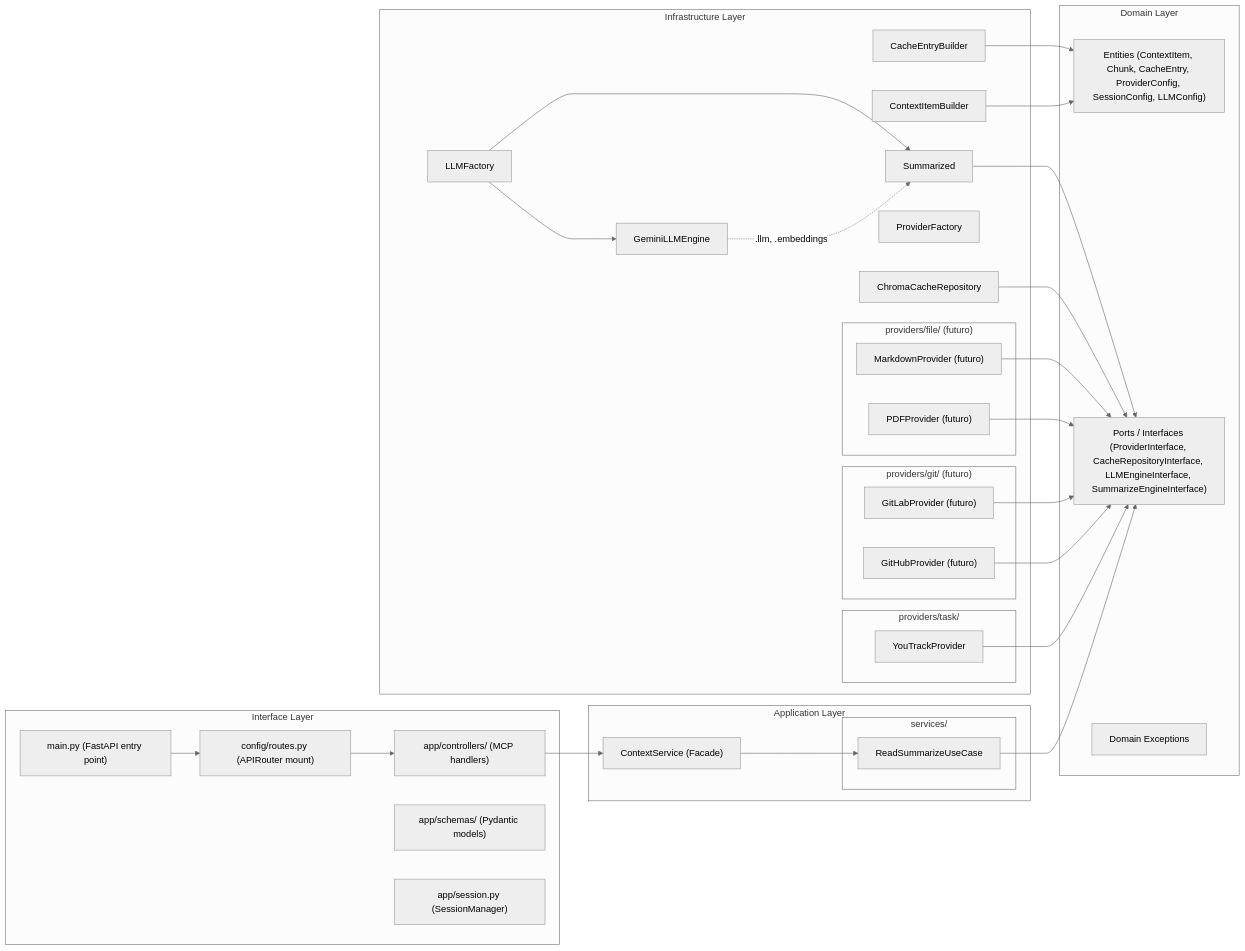
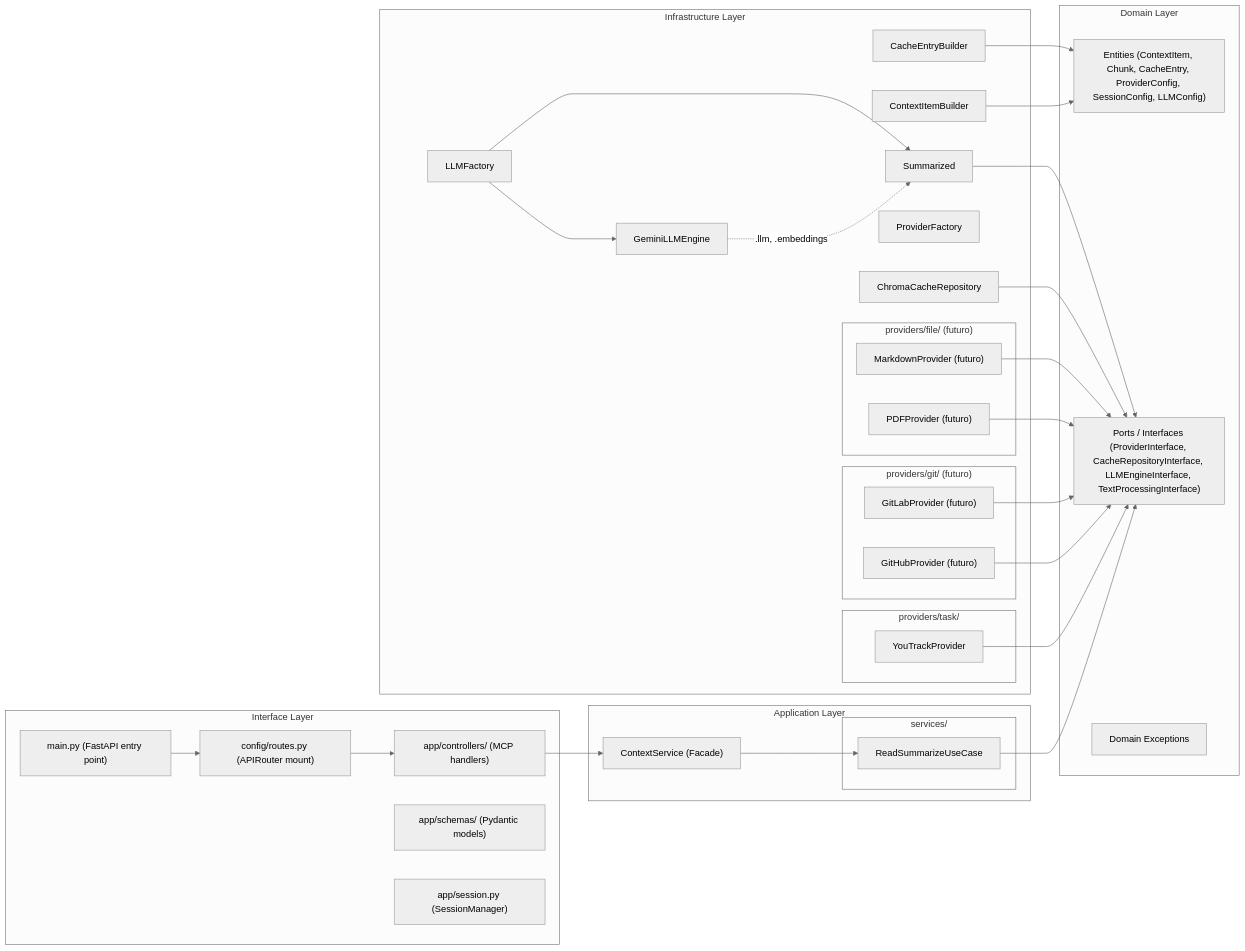
Before and after one commit to remolacho/ContextForge: the second of 7 diagrams in .kiro/specs/contextforge/design.md, drawn with Mermaid (neutral theme). The commit also changed other lines of this file and 8 other files, not shown here.

````diff
--- a/.kiro/specs/contextforge/design.md
+++ b/.kiro/specs/contextforge/design.md
@@ -33,59 +33,59 @@
 ```mermaid
 graph LR
     subgraph "Interface Layer"
         MAIN["main.py (FastAPI entry point)"]
         ROUTES["config/routes.py (APIRouter mount)"]
         CTRL["app/controllers/ (MCP handlers)"]
         SCH["app/schemas/ (Pydantic models)"]
         SM["app/session.py (SessionManager)"]
     end
     subgraph "Application Layer"
         SVC["ContextService (Facade)"]
         subgraph "services/"
             RS["ReadSummarizeUseCase"]
         end
     end
     subgraph "Domain Layer"
         E["Entities (ContextItem, Chunk, CacheEntry, ProviderConfig, SessionConfig, LLMConfig)"]
-        P["Ports / Interfaces (ProviderInterface, CacheRepositoryInterface, LLMEngineInterface, SummarizeEngineInterface)"]
+        P["Ports / Interfaces (ProviderInterface, CacheRepositoryInterface, LLMEngineInterface, TextProcessingInterface)"]
         EX["Domain Exceptions"]
     end
     subgraph "Infrastructure Layer"
         PF["ProviderFactory"]
         subgraph "providers/task/"
             YT["YouTrackProvider"]
         end
         subgraph "providers/git/ (futuro)"
             GH["GitHubProvider (futuro)"]
             GL["GitLabProvider (futuro)"]
         end
         subgraph "providers/file/ (futuro)"
             PDF["PDFProvider (futuro)"]
             MD["MarkdownProvider (futuro)"]
         end
         CH["ChromaCacheRepository"]
         GE["GeminiLLMEngine"]
         SUM["Summarized"]
         LF["LLMFactory"]
         CB["ContextItemBuilder"]
         CEB["CacheEntryBuilder"]
     end
 
     MAIN --> ROUTES
     ROUTES --> CTRL
     CTRL --> SVC
     SVC --> RS
     RS --> P
     YT --> P
     GH --> P
     GL --> P
     PDF --> P
     MD --> P
     CH --> P
     GE -.->|".llm, .embeddings"| SUM
     SUM --> P
     LF --> GE
     LF --> SUM
     CB --> E
     CEB --> E
 ```
````
